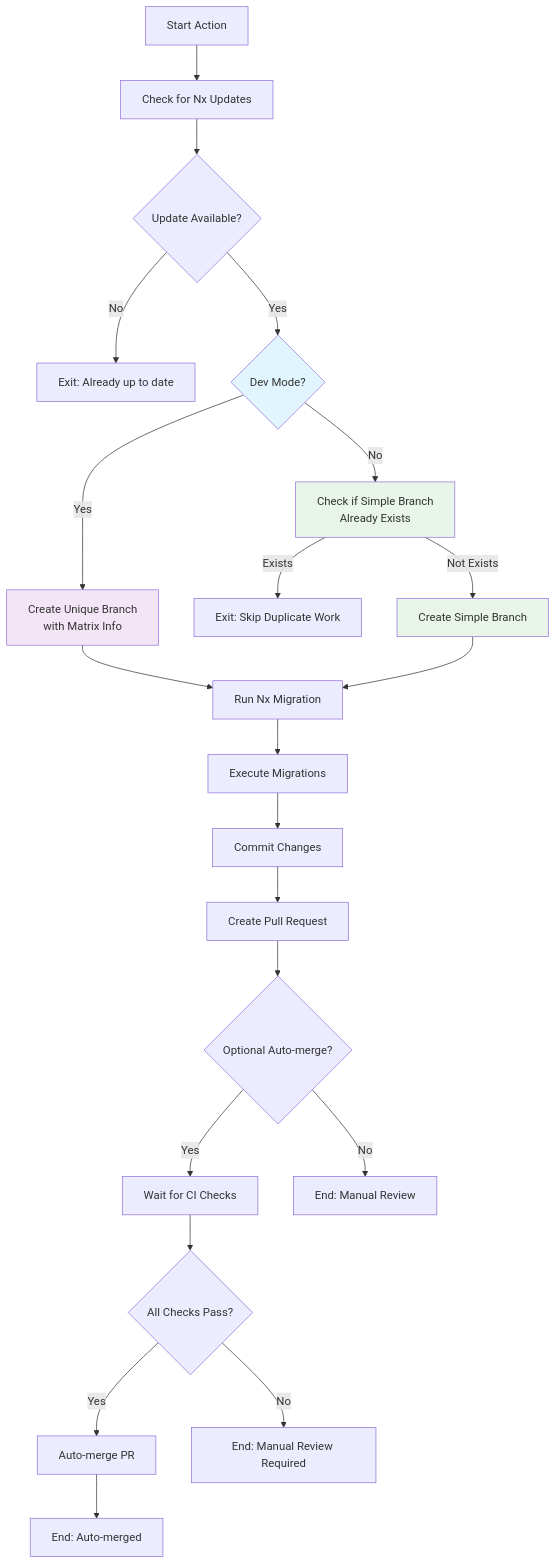
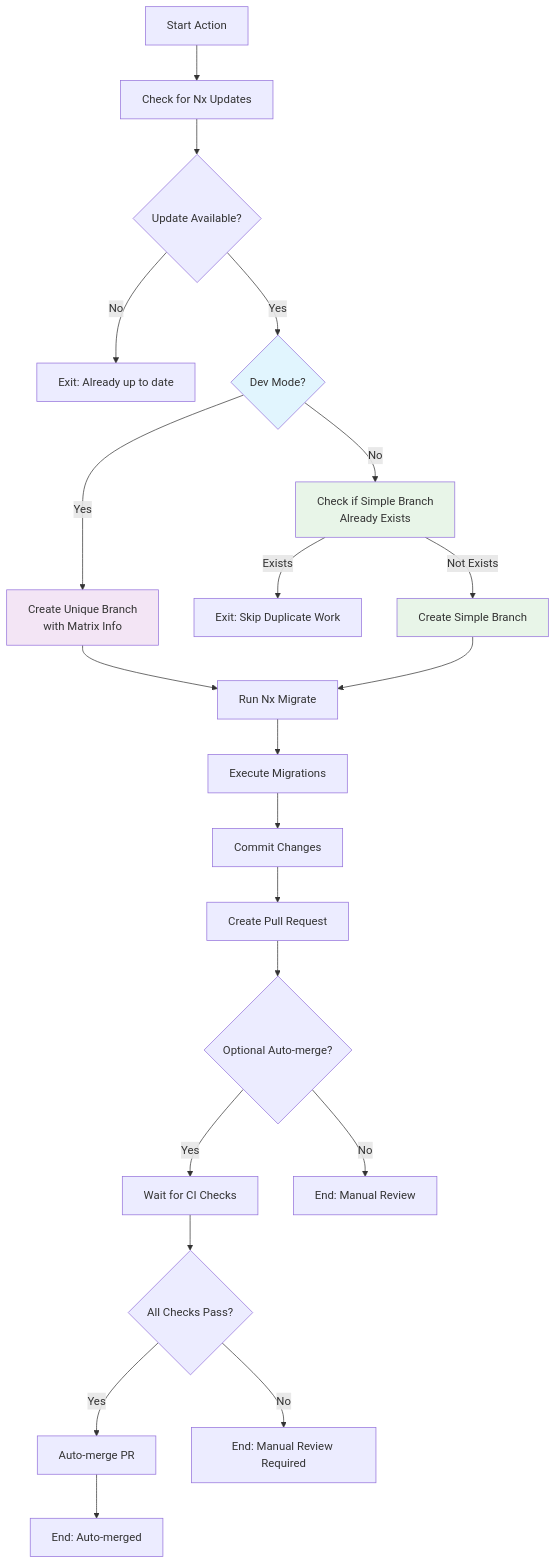
One commit to gridatek/nx-migrate-action changed the diagram in README.md. Above: the diagram before and after it, drawn with Mermaid. The commit also changed other lines of this file and 4 other files, not shown here.

````diff
--- a/README.md
+++ b/README.md
@@ -357,31 +357,31 @@
 ```mermaid
 flowchart TD
     A[Start Action] --> B[Check for Nx Updates]
     B --> C{Update Available?}
     C -->|No| D[Exit: Already up to date]
     C -->|Yes| E{Dev Mode?}
 
     E -->|Yes| F[Create Unique Branch<br/>with Matrix Info]
     E -->|No| G[Check if Simple Branch<br/>Already Exists]
 
     G -->|Exists| H[Exit: Skip Duplicate Work]
     G -->|Not Exists| I[Create Simple Branch]
 
-    F --> J[Run Nx Migration]
+    F --> J[Run Nx Migrate]
     I --> J
     J --> K[Execute Migrations]
     K --> L[Commit Changes]
     L --> P[Create Pull Request]
     P --> Q{Optional Auto-merge?}
     Q -->|Yes| R[Wait for CI Checks]
     Q -->|No| S[End: Manual Review]
     R --> T{All Checks Pass?}
     T -->|Yes| U[Auto-merge PR]
     T -->|No| V[End: Manual Review Required]
     U --> W[End: Auto-merged]
 
     style E fill:#e1f5fe
     style F fill:#f3e5f5
     style G fill:#e8f5e8
     style I fill:#e8f5e8
 ```
````
